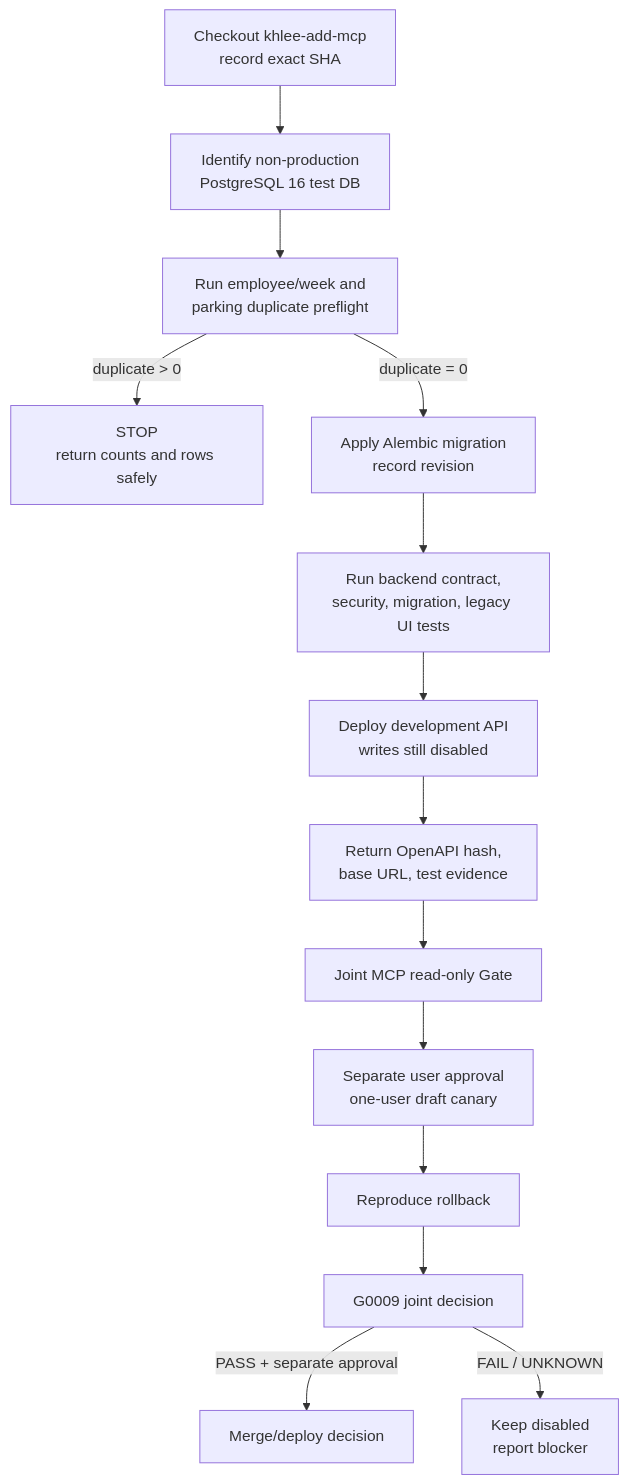
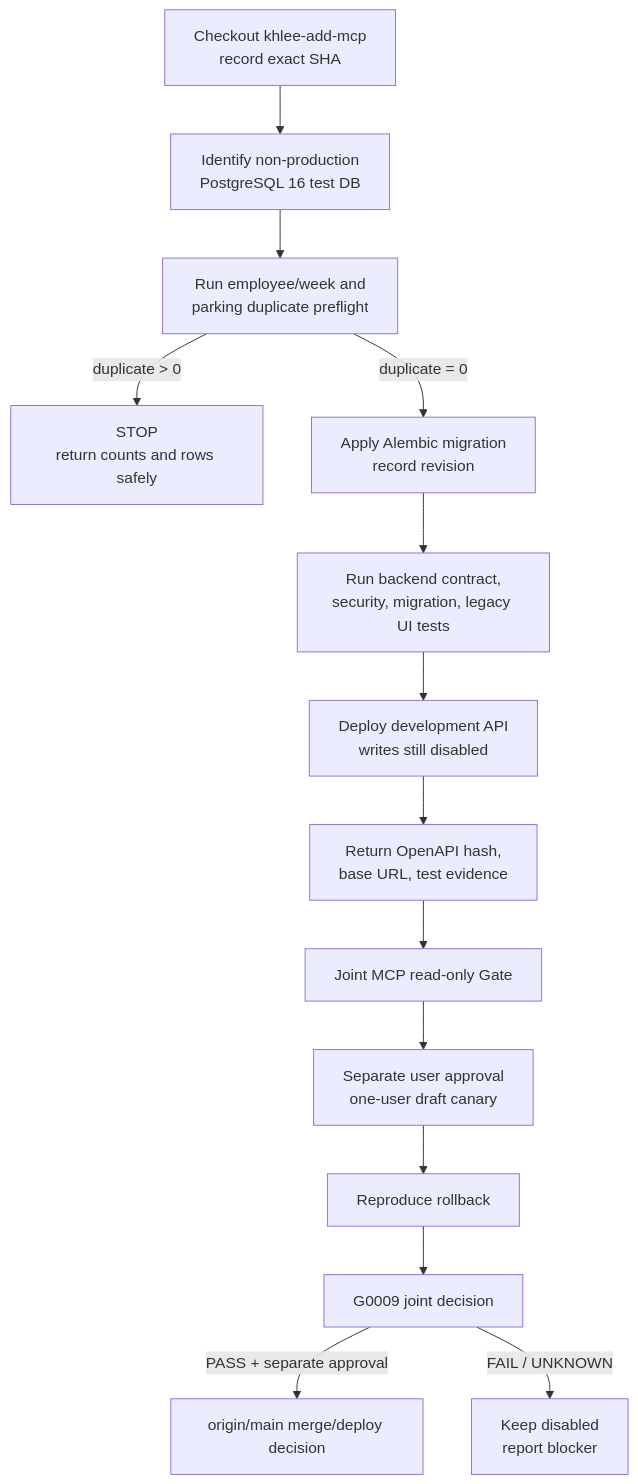
One commit to ElroyKwon/LSS_ERP changed the first of 2 diagrams in docs/mcp/APPLY-AND-ROLLBACK.md. Above: the diagram before and after it, drawn with Mermaid. The commit also changed other lines of this file and 11 other files, not shown here.

````diff
--- a/docs/mcp/APPLY-AND-ROLLBACK.md
+++ b/docs/mcp/APPLY-AND-ROLLBACK.md
@@ -14,16 +16,16 @@
 ```mermaid
 flowchart TD
     A["Checkout khlee-add-mcp<br/>record exact SHA"] --> B["Identify non-production<br/>PostgreSQL 16 test DB"]
     B --> C["Run employee/week and<br/>parking duplicate preflight"]
     C -->|"duplicate > 0"| STOP["STOP<br/>return counts and rows safely"]
     C -->|"duplicate = 0"| D["Apply Alembic migration<br/>record revision"]
     D --> E["Run backend contract,<br/>security, migration, legacy UI tests"]
     E --> F["Deploy development API<br/>writes still disabled"]
     F --> G["Return OpenAPI hash,<br/>base URL, test evidence"]
     G --> H["Joint MCP read-only Gate"]
     H --> I["Separate user approval<br/>one-user draft canary"]
     I --> J["Reproduce rollback"]
     J --> K["G0009 joint decision"]
-    K -->|"PASS + separate approval"| L["Merge/deploy decision"]
+    K -->|"PASS + separate approval"| L["origin/main merge/deploy decision"]
     K -->|"FAIL / UNKNOWN"| STOP2["Keep disabled<br/>report blocker"]
 ```
````
